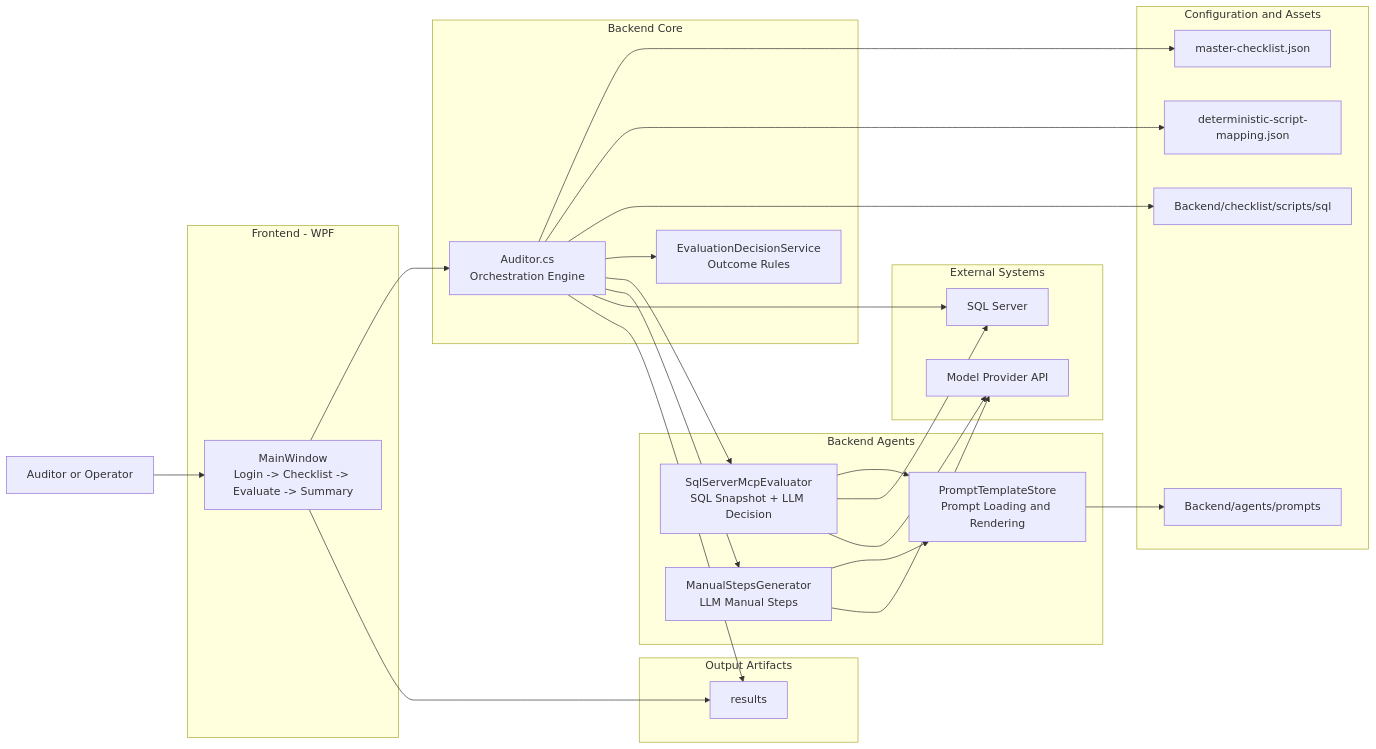
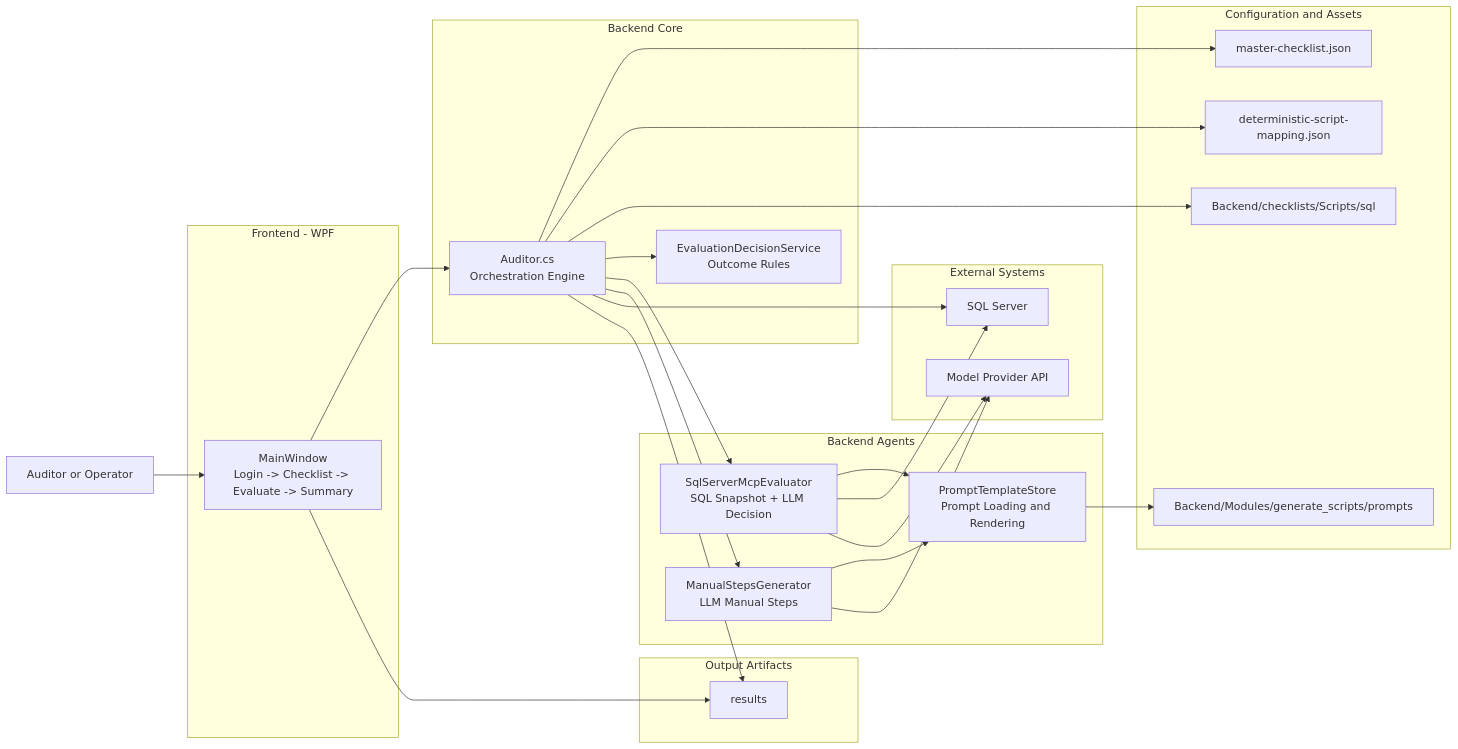
The first of 2 diagrams in ARCHITECTURE.md (AkashReddy-3084/SQL-Auditing-tool), drawn with Mermaid before and after one commit. The commit also changed other lines of this file and 28 other files, not shown here.

````diff
--- a/ARCHITECTURE.md
+++ b/ARCHITECTURE.md
@@ -23,53 +23,53 @@
 ```mermaid
 graph LR
     U["Auditor or Operator"]
 
     subgraph UI["Frontend - WPF"]
       MW["MainWindow<br/>Login -> Checklist -> Evaluate -> Summary"]
     end
 
     subgraph CORE["Backend Core"]
       AUD["Auditor.cs<br/>Orchestration Engine"]
       DEC["EvaluationDecisionService<br/>Outcome Rules"]
     end
 
     subgraph AGENTS["Backend Agents"]
       MCP["SqlServerMcpEvaluator<br/>SQL Snapshot + LLM Decision"]
       MSG["ManualStepsGenerator<br/>LLM Manual Steps"]
       PTS["PromptTemplateStore<br/>Prompt Loading and Rendering"]
     end
 
     subgraph DATA["Configuration and Assets"]
       CHK["master-checklist.json"]
       MAP["deterministic-script-mapping.json"]
-      SQLS["Backend/checklist/scripts/sql"]
-      PR["Backend/agents/prompts"]
+      SQLS["Backend/checklists/Scripts/sql"]
+      PR["Backend/Modules/generate_scripts/prompts"]
     end
 
     subgraph EXT["External Systems"]
       DB["SQL Server"]
       LLM["Model Provider API"]
     end
 
     subgraph OUT["Output Artifacts"]
       RES["results"]
     end
 
     U --> MW
     MW --> AUD
     AUD --> CHK
     AUD --> MAP
     AUD --> SQLS
     AUD --> DEC
     AUD --> MCP
     AUD --> MSG
     MCP --> PTS
     MSG --> PTS
     PTS --> PR
     AUD --> DB
     MCP --> DB
     MCP --> LLM
     MSG --> LLM
     AUD --> RES
     MW --> RES
 ```
````
